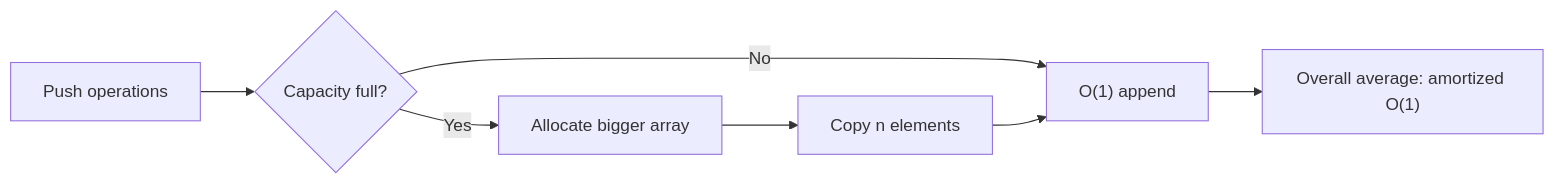
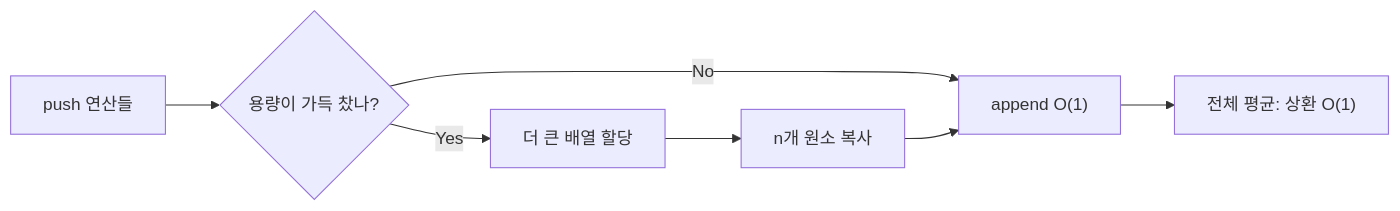
One commit to mandoobox/mandoobox.github.io changed the fourth of 43 diagrams in _posts/cs-note/2026-02-27-data-structure.md. Above: the diagram before and after it, drawn with Mermaid. The commit also changed other lines of this file and 18 other files, not shown here.

````diff
--- a/_posts/cs-note/2026-02-27-data-structure.md
+++ b/_posts/cs-note/2026-02-27-data-structure.md
@@ -91,9 +91,9 @@
 ```mermaid
 flowchart LR
-  A[Push operations] --> B{Capacity full?}
-  B -->|No| C["O(1) append"]
-  B -->|Yes| D[Allocate bigger array]
-  D --> E[Copy n elements]
+  A[push 연산들] --> B{용량이 가득 찼나?}
+  B -->|No| C["append O(1)"]
+  B -->|Yes| D[더 큰 배열 할당]
+  D --> E[n개 원소 복사]
   E --> C
-  C --> F["Overall average: amortized O(1)"]
+  C --> F["전체 평균: 상환 O(1)"]
 ```
````
